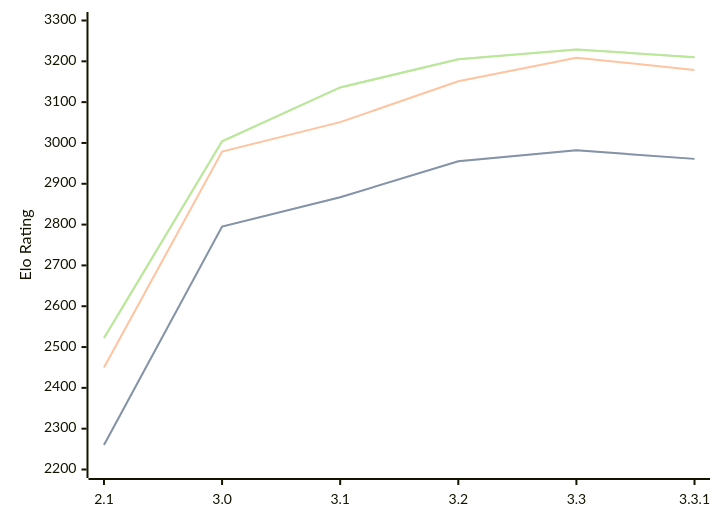
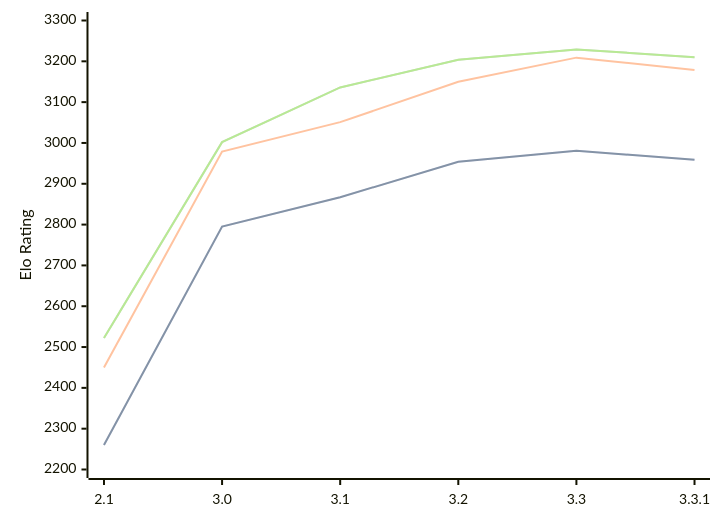
The diagram in engines/Petrel.md (computer-chess-index/cci), drawn with Mermaid before and after one commit. The commit also changed other lines of this file, not shown here.

Commit message:
Update CCI Ratings (ELO VLTC) - 2026-04-28

````diff
--- a/engines/Petrel.md
+++ b/engines/Petrel.md
@@ -45,11 +45,11 @@
 ```mermaid
 %%{init: {"theme":"base","themeVariables":{"seriesColors:['#a3a3a3','#222221','#faa371']}}}%%
 xychart-beta
   x-axis ["2.1", "3.0", "3.1", "3.2", "3.3", "3.3.1"]
   y-axis "Elo Rating" 2200 --> 3300
-  line "STC (8.0+0.08s)" [2260, 2795, 2867, 2955, 2982, 2961]
-  line "STC (8.0+0.08s)" [2260, 2795, 2867, 2955, 2982, 2961]
-  line "LTC (60.0+0.60s)" [2450, 2979, 3051, 3151, 3209, 3179]
-  line "VLTC (2m24s+1.12s)" [2522, 3004, 3136, 3205, 3229, 3210]
-  line "VLTC (2m24s+1.12s)" [2522, 3004, 3136, 3205, 3229, 3210]
+  line "STC (8.0+0.08s)" [2260, 2795, 2867, 2954, 2981, 2959]
+  line "STC (8.0+0.08s)" [2260, 2795, 2867, 2954, 2981, 2959]
+  line "LTC (60.0+0.60s)" [2450, 2979, 3051, 3150, 3209, 3179]
+  line "VLTC (2m24s+1.12s)" [2522, 3002, 3136, 3204, 3229, 3210]
+  line "VLTC (2m24s+1.12s)" [2522, 3002, 3136, 3204, 3229, 3210]
 ```
````
